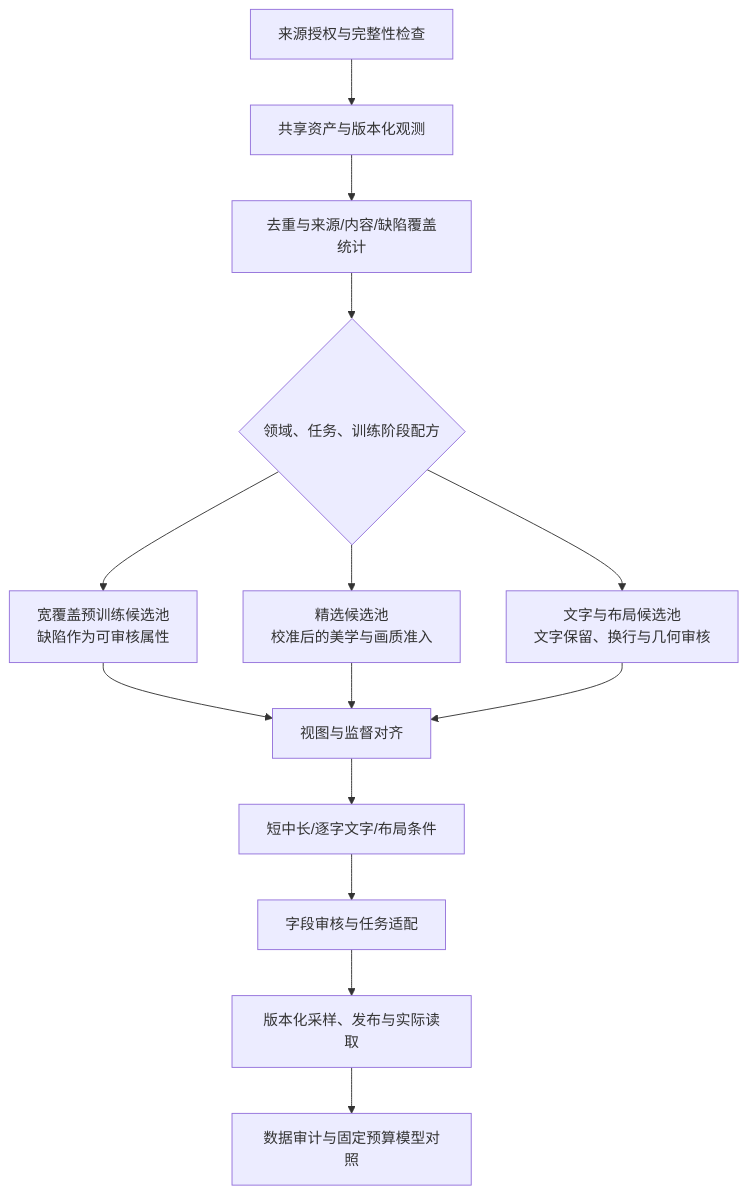
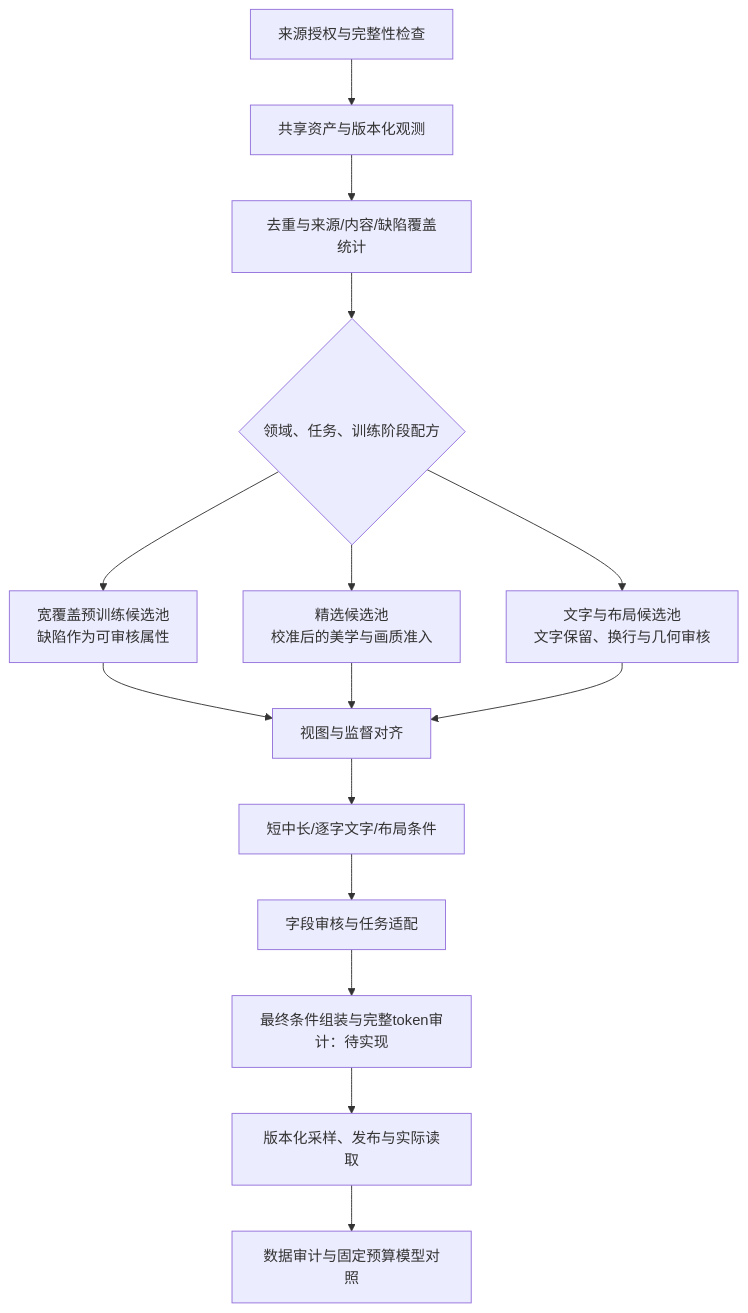
Before and after one commit to lililuya/ImageDataProcessPipeline: the diagram in docs/research-evidence.md, drawn with Mermaid. The commit also changed other lines of this file and 3 other files, not shown here.

Commit message:
docs: audit MOSS watermark supervision and conditioning flow

````diff
--- a/docs/research-evidence.md
+++ b/docs/research-evidence.md
@@ -98,16 +142,17 @@
 ```mermaid
 flowchart TD
   A[来源授权与完整性检查] --> B[共享资产与版本化观测]
   B --> C[去重与来源/内容/缺陷覆盖统计]
   C --> D{领域、任务、训练阶段配方}
   D --> E[宽覆盖预训练候选池<br/>缺陷作为可审核属性]
   D --> F[精选候选池<br/>校准后的美学与画质准入]
   D --> G[文字与布局候选池<br/>文字保留、换行与几何审核]
   E --> H[视图与监督对齐]
   F --> H
   G --> H
   H --> I[短中长/逐字文字/布局条件]
   I --> J[字段审核与任务适配]
-  J --> K[版本化采样、发布与实际读取]
+  J --> P[最终条件组装与完整token审计：待实现]
+  P --> K[版本化采样、发布与实际读取]
   K --> L[数据审计与固定预算模型对照]
 ```
````
